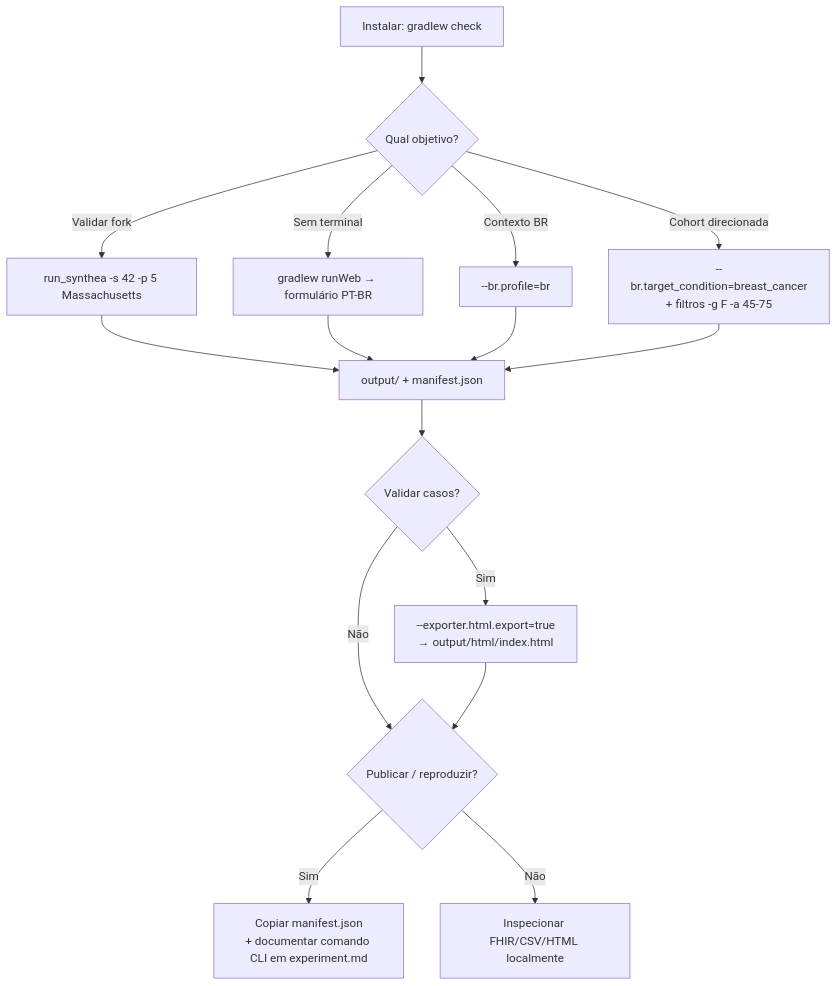
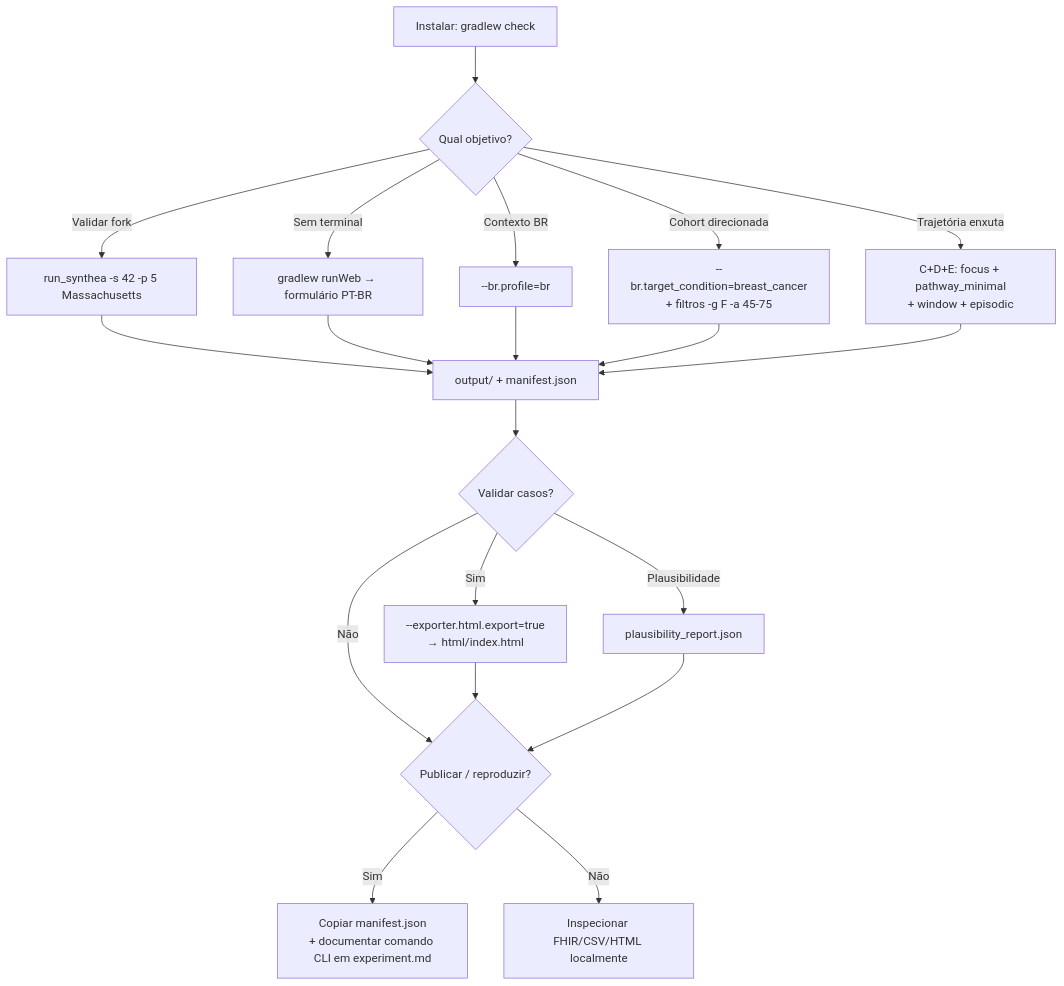
One commit to richardpalmas/synthea-br changed the first of 2 diagrams in docs/GUIA-DE-USO.md. Above: the diagram before and after it, drawn with Mermaid. The commit also changed other lines of this file and 123 other files, not shown here.

````diff
--- a/docs/GUIA-DE-USO.md
+++ b/docs/GUIA-DE-USO.md
@@ -582,18 +710,22 @@
 ```mermaid
 flowchart TD
     A[Instalar: gradlew check] --> B{Qual objetivo?}
     B -->|Validar fork| C[run_synthea -s 42 -p 5 Massachusetts]
     B -->|Sem terminal| W[gradlew runWeb → formulário PT-BR]
     B -->|Contexto BR| D[--br.profile=br]
     B -->|Cohort direcionada| E[--br.target_condition=breast_cancer<br/>+ filtros -g F -a 45-75]
+    B -->|Trajetória enxuta| P[C+D+E: focus + pathway_minimal<br/>+ window + episodic]
     C --> F[output/ + manifest.json]
     W --> F
     D --> F
     E --> F
+    P --> F
     F --> H{Validar casos?}
-    H -->|Sim| N[--exporter.html.export=true<br/>→ output/html/index.html]
+    H -->|Sim| N[--exporter.html.export=true<br/>→ html/index.html]
+    H -->|Plausibilidade| R[plausibility_report.json]
     H -->|Não| G{Publicar / reproduzir?}
     N --> G
+    R --> G
     G -->|Sim| I[Copiar manifest.json<br/>+ documentar comando CLI em experiment.md]
     G -->|Não| J[Inspecionar FHIR/CSV/HTML localmente]
 ```
````
